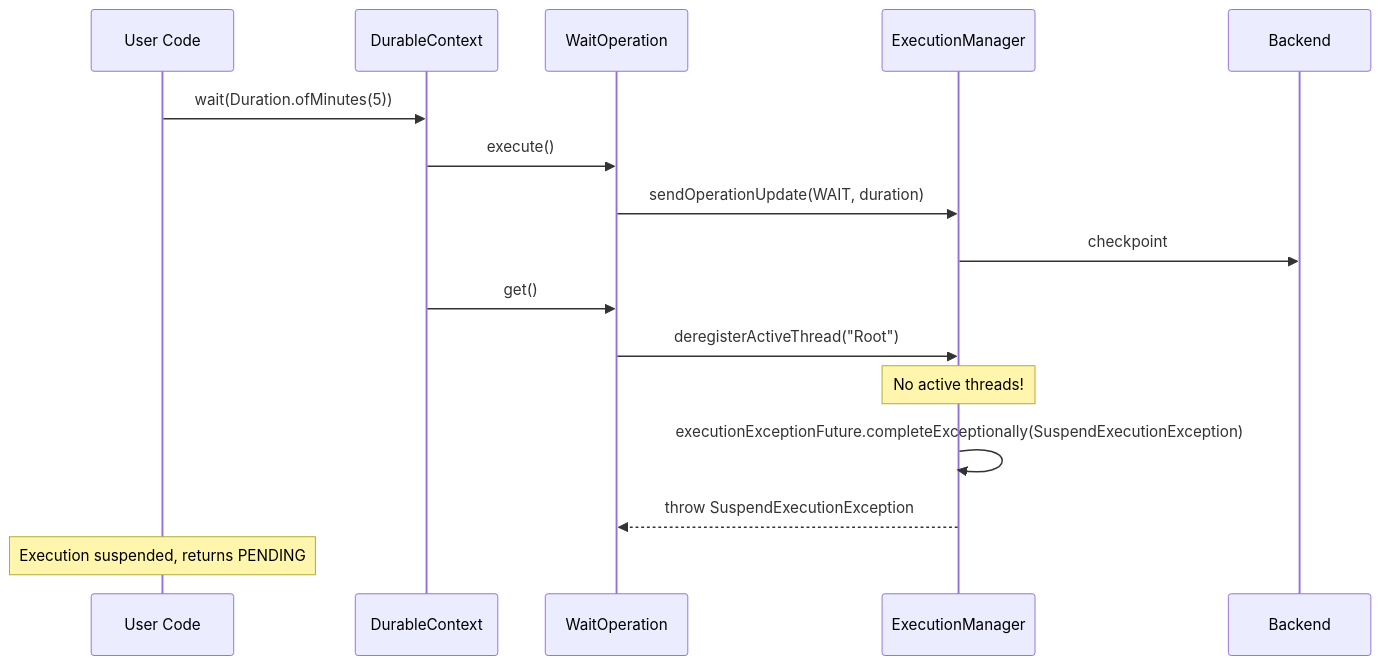
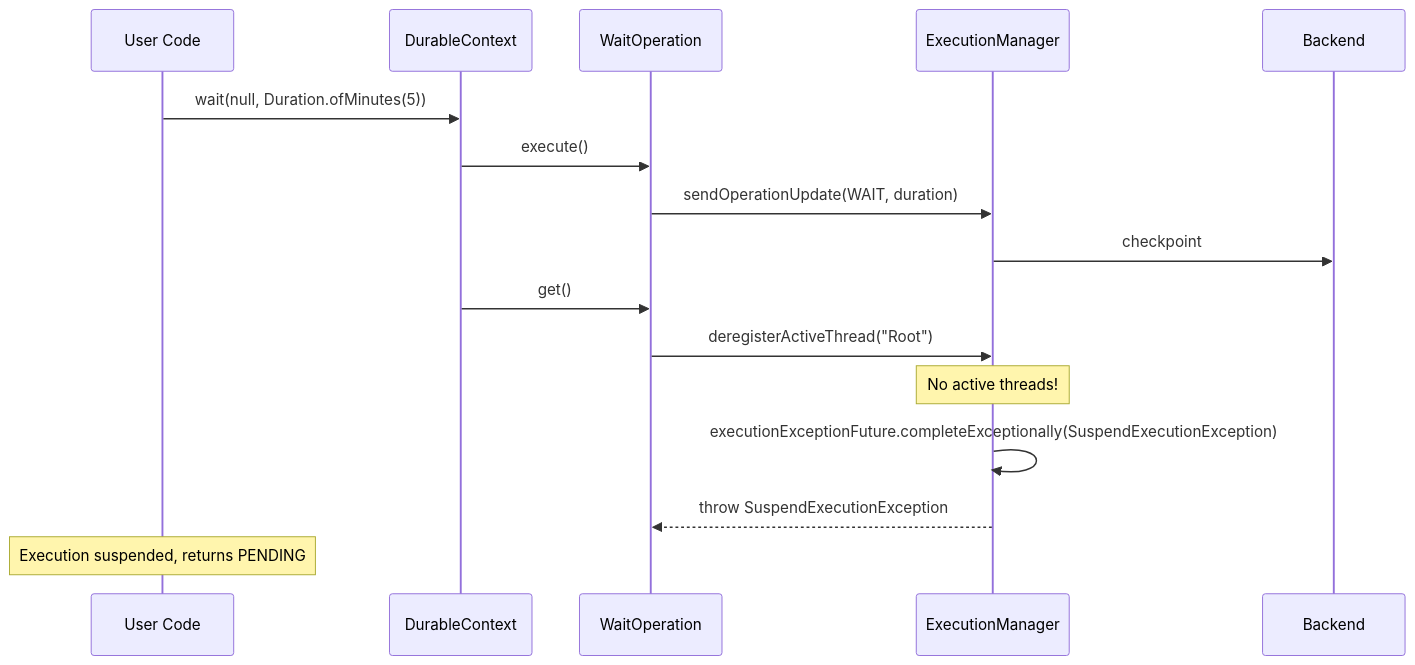
One commit to aws/aws-durable-execution-sdk-java changed the third of 3 diagrams in docs/design.md. Above: the diagram before and after it, drawn with Mermaid. The commit also changed other lines of this file and 16 other files, not shown here.

````diff
--- a/docs/design.md
+++ b/docs/design.md
@@ -319,22 +317,22 @@
 ```mermaid
 sequenceDiagram
     participant UC as User Code
     participant DC as DurableContext
     participant WO as WaitOperation
     participant EM as ExecutionManager
     participant Backend
 
-    UC->>DC: wait(Duration.ofMinutes(5))
+    UC->>DC: wait(null, Duration.ofMinutes(5))
     DC->>WO: execute()
     WO->>EM: sendOperationUpdate(WAIT, duration)
     EM->>Backend: checkpoint
     
     DC->>WO: get()
     WO->>EM: deregisterActiveThread("Root")
     
     Note over EM: No active threads!
     EM->>EM: executionExceptionFuture.completeExceptionally(SuspendExecutionException)
     EM-->>WO: throw SuspendExecutionException
     
     Note over UC: Execution suspended, returns PENDING
 ```
````
